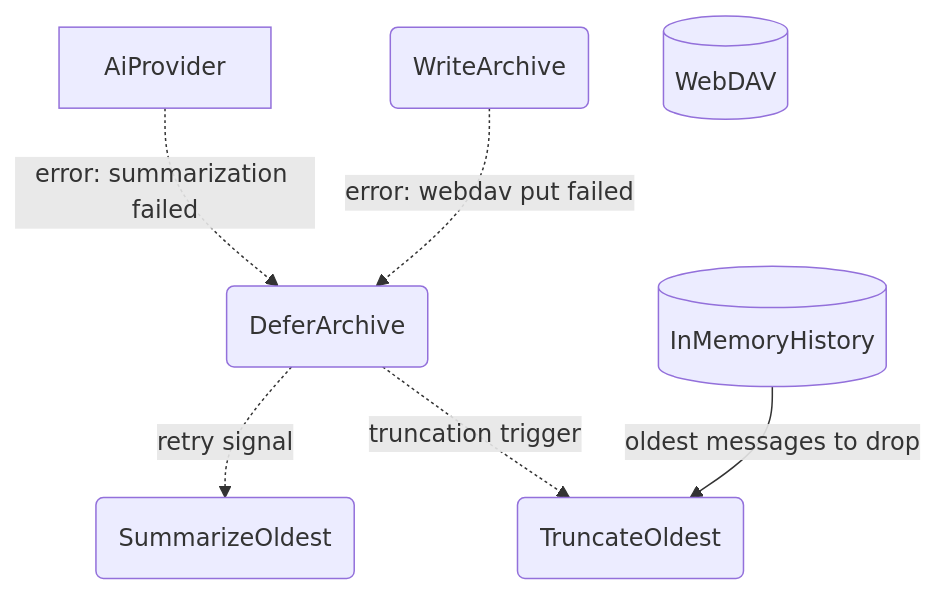
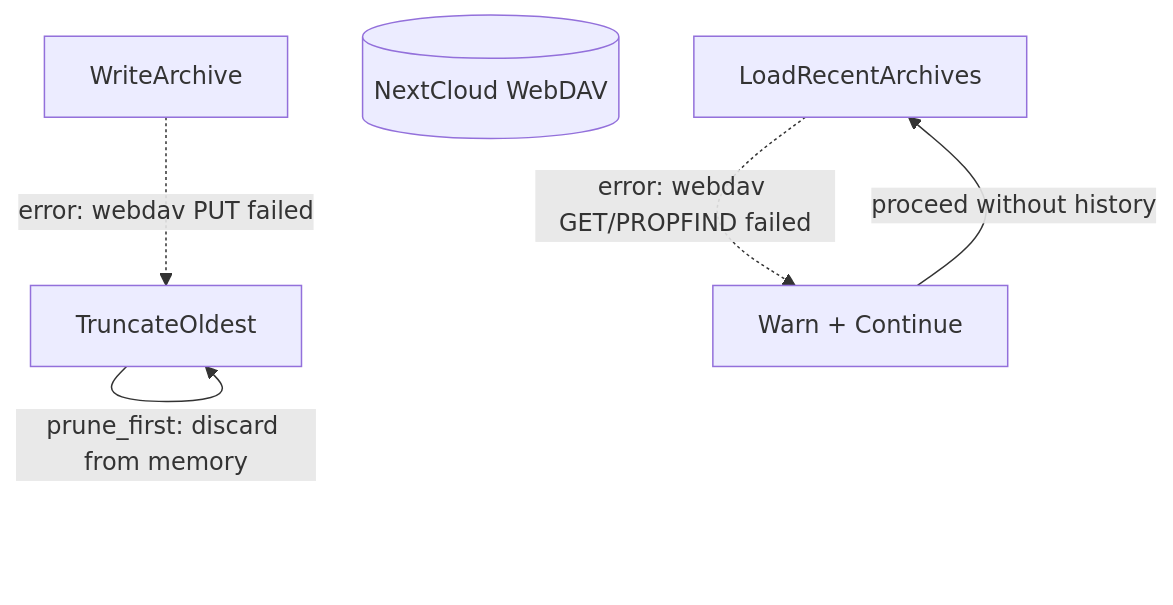
The third of 4 diagrams in _dfds/base/memory.md (cosmoswafer/rockbot), drawn with Mermaid before and after one commit. The commit also changed other lines of this file and 6 other files, not shown here.

First line of the commit message:
dfd: merge webdav-memory into memory, mark knowledge as planned

````diff
--- a/_dfds/base/memory.md
+++ b/_dfds/base/memory.md
@@ -65,16 +75,13 @@
 ```mermaid
 flowchart TD
-    SUMMARIZE(SummarizeOldest)
-    ARCHIVE(WriteArchive)
-    AI[AiProvider]
-    WEBDAV[(WebDAV)]
-    DEFER(DeferArchive)
-    TRUNCATE(TruncateOldest)
-    STORE[(InMemoryHistory)]
+    ARCHIVE[WriteArchive]
+    WEBDAV[(NextCloud WebDAV)]
+    TRUNCATE[TruncateOldest]
+    LOAD[LoadRecentArchives]
+    WARN[Warn + Continue]
 
-    AI -.->|"error: summarization failed"| DEFER
-    DEFER -.->|"retry signal"| SUMMARIZE
-    ARCHIVE -.->|"error: webdav put failed"| DEFER
-    DEFER -.->|"truncation trigger"| TRUNCATE
-    STORE -->|"oldest messages to drop"| TRUNCATE
+    ARCHIVE -.->|"error: webdav PUT failed"| TRUNCATE
+    TRUNCATE -->|"prune_first: discard from memory"| TRUNCATE
+    LOAD -.->|"error: webdav GET/PROPFIND failed"| WARN
+    WARN -->|"proceed without history"| LOAD
 ```
````
